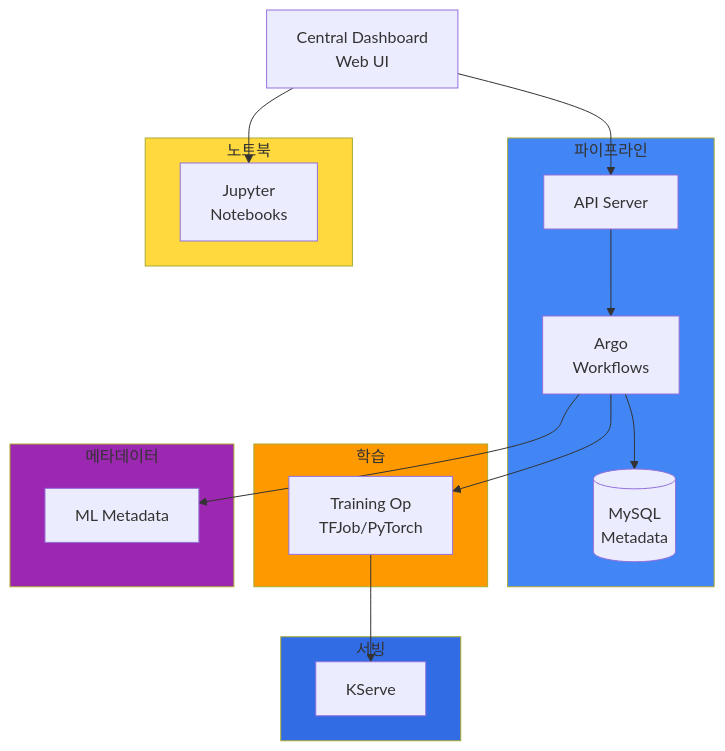
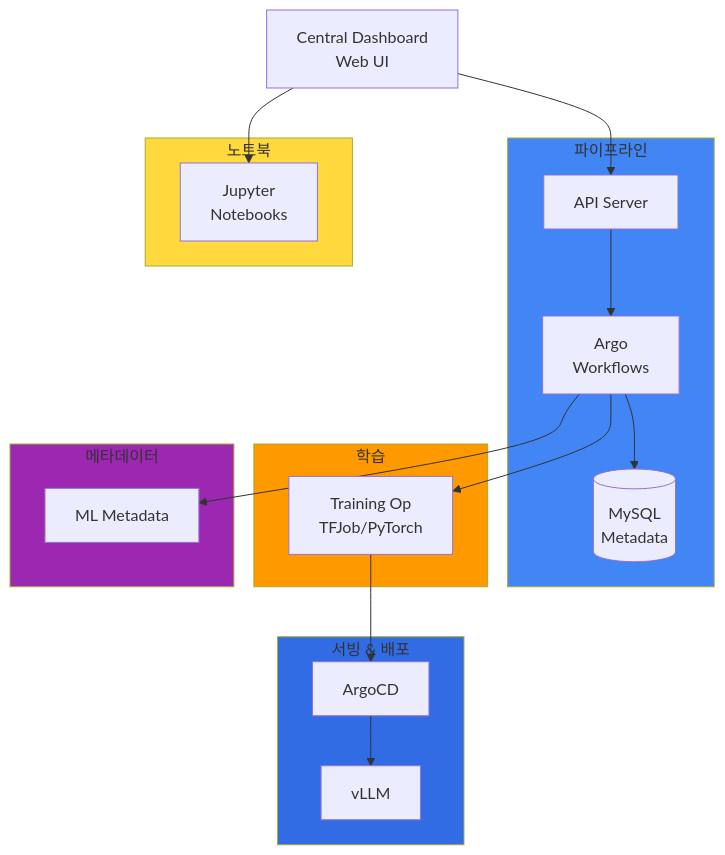
One commit to devfloor9/engineering-playbook changed the second of 6 diagrams in docs/agentic-ai-platform/operations-mlops/mlops-pipeline-eks.md. Above: the diagram before and after it, drawn with Mermaid. The commit also changed other lines of this file and 21 other files, not shown here.

````diff
--- a/docs/agentic-ai-platform/operations-mlops/mlops-pipeline-eks.md
+++ b/docs/agentic-ai-platform/operations-mlops/mlops-pipeline-eks.md
@@ -123,40 +123,42 @@
 ```mermaid
 flowchart TB
     UI[Central Dashboard<br/>Web UI]
 
     subgraph Pipelines["파이프라인"]
         KFP_API[API Server]
         KFP_ENGINE[Argo<br/>Workflows]
         KFP_DB[(MySQL<br/>Metadata)]
     end
 
     subgraph Notebooks["노트북"]
         JUPYTER[Jupyter<br/>Notebooks]
     end
 
     subgraph Training["학습"]
         TRAINING_OP[Training Op<br/>TFJob/PyTorch]
     end
 
-    subgraph Serving["서빙"]
-        KSERVE[KServe]
+    subgraph Serving["서빙 & 배포"]
+        VLLM_SERVE[vLLM]
+        ARGOCD_DEPLOY[ArgoCD]
     end
 
     subgraph Metadata["메타데이터"]
         MLMD[ML Metadata]
     end
 
     UI --> KFP_API
     UI --> JUPYTER
     KFP_API --> KFP_ENGINE
     KFP_ENGINE --> KFP_DB
     KFP_ENGINE --> TRAINING_OP
-    TRAINING_OP --> KSERVE
+    TRAINING_OP --> ARGOCD_DEPLOY
+    ARGOCD_DEPLOY --> VLLM_SERVE
     KFP_ENGINE --> MLMD
 
     style Pipelines fill:#4285f4
     style Notebooks fill:#ffd93d
     style Training fill:#ff9900
     style Serving fill:#326ce5
     style Metadata fill:#9c27b0
 ```
````
